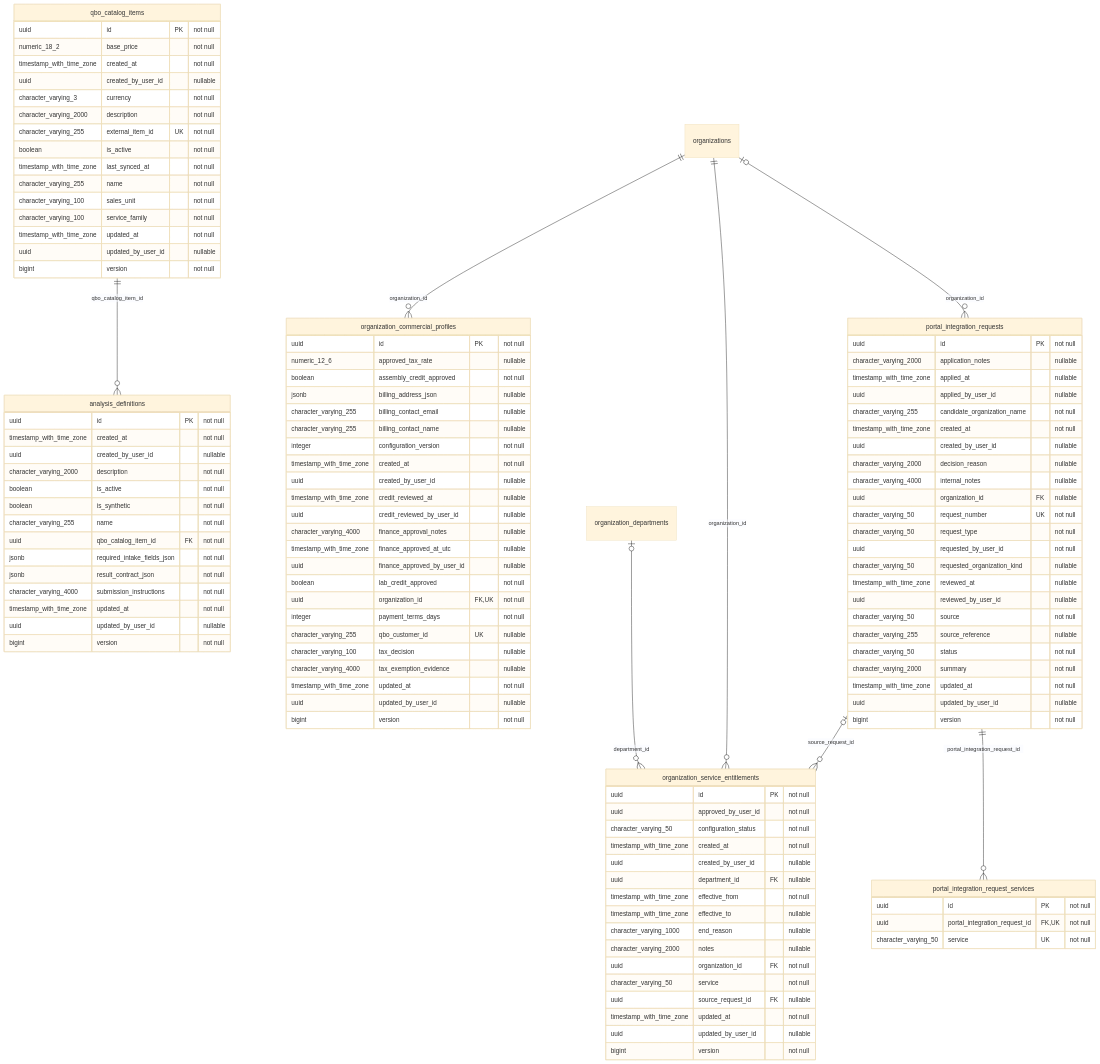
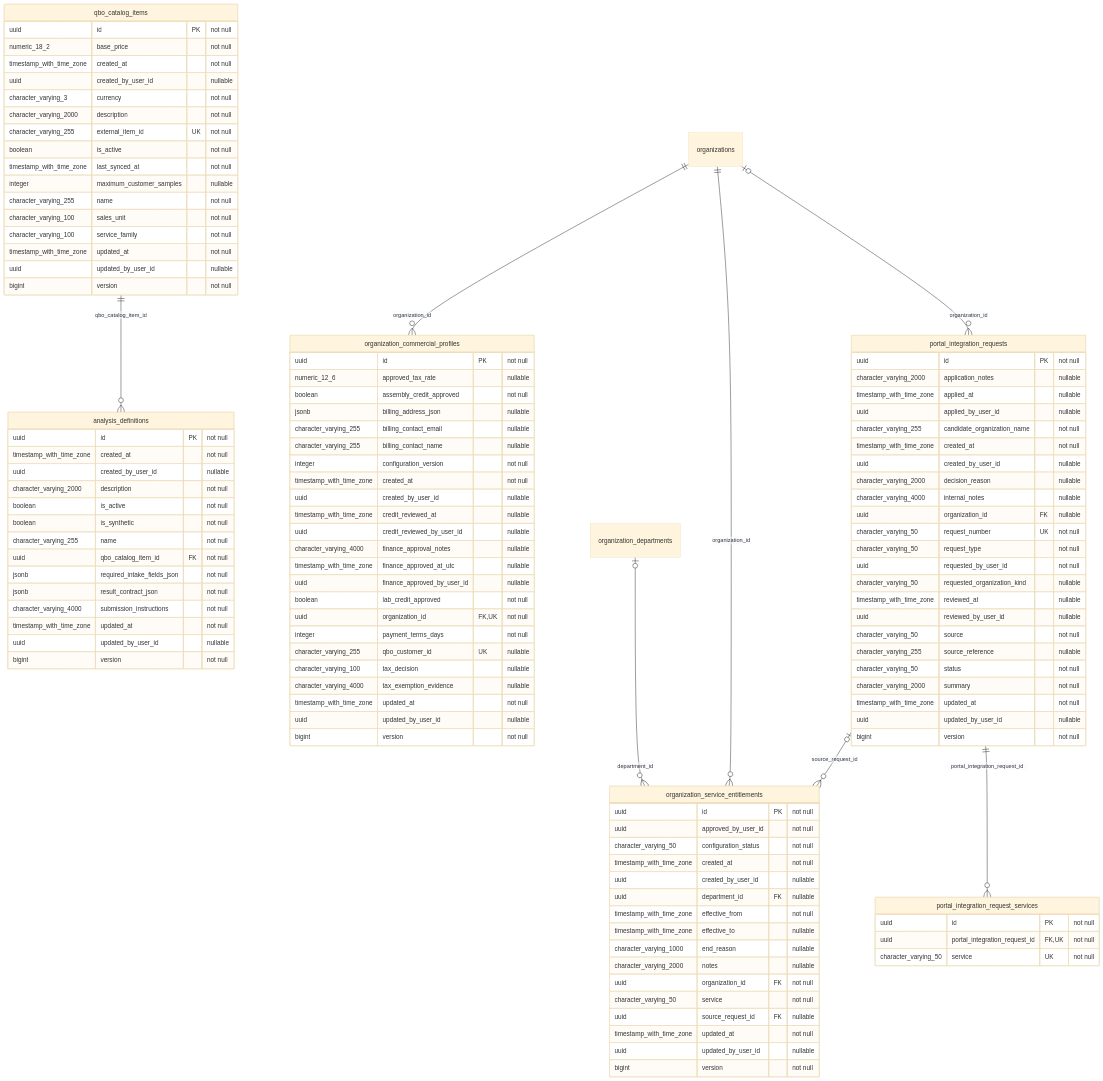
Before and after one commit to behaack/phaeno-ops-mgmt-system: diagram 19 of 37 in docs/database-erd.md, drawn with Mermaid (base theme). The commit also changed other lines of this file and 241 other files, not shown here.

```diff
--- a/docs/database-erd.md
+++ b/docs/database-erd.md
@@ -2484,6 +2623,7 @@
         character_varying_255 external_item_id UK "not null"
         boolean is_active "not null"
         timestamp_with_time_zone last_synced_at "not null"
+        integer maximum_customer_samples "nullable"
         character_varying_255 name "not null"
         character_varying_100 sales_unit "not null"
         character_varying_100 service_family "not null"
```
